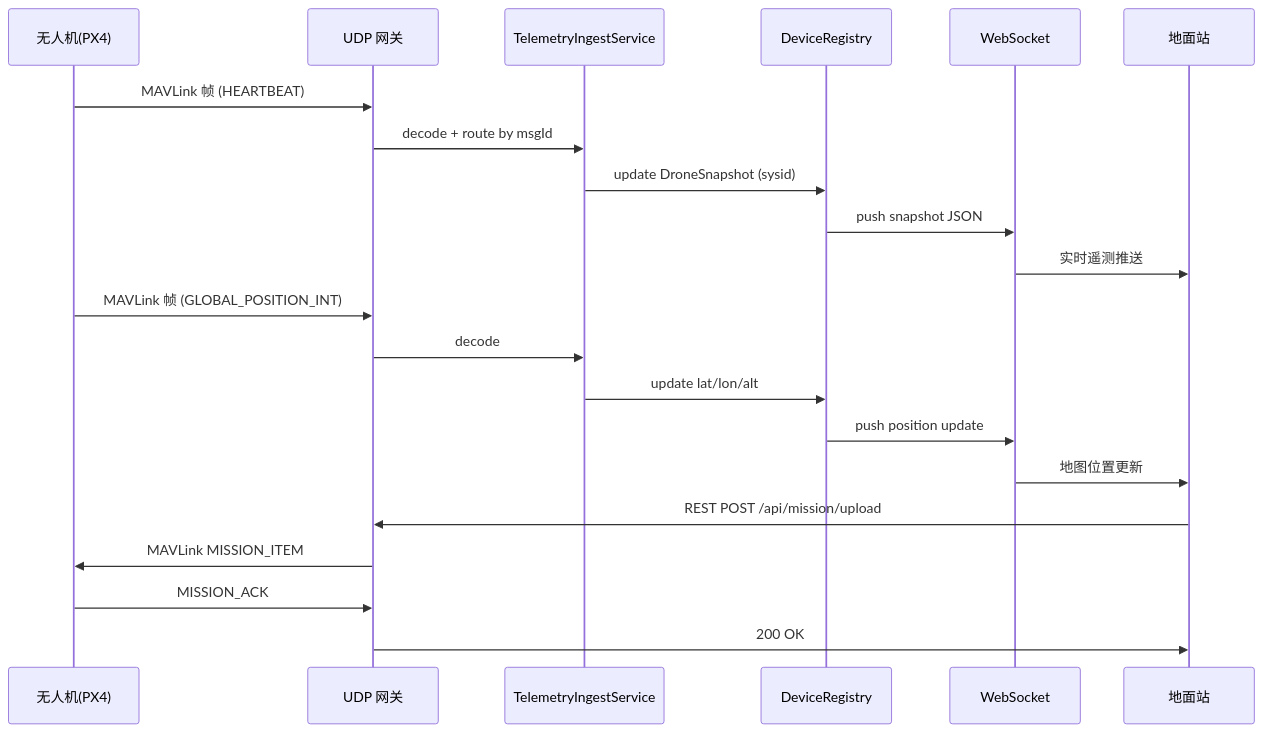
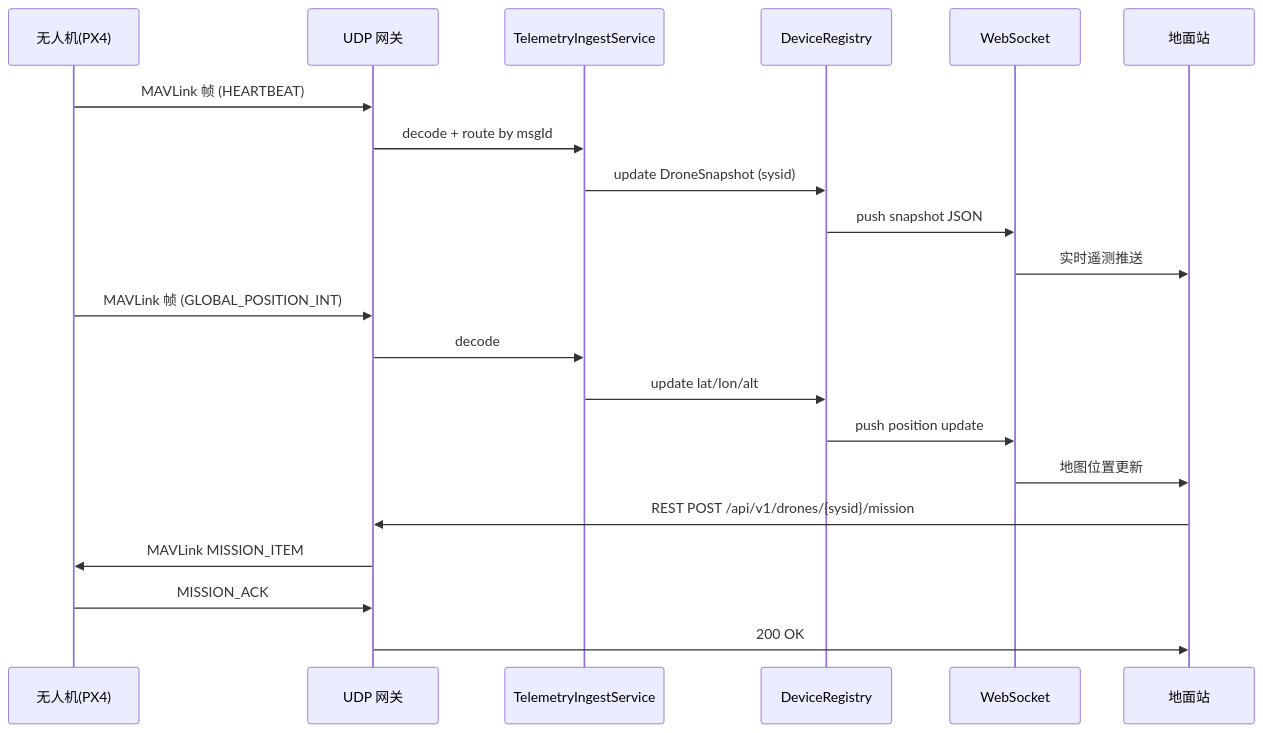
The second of 6 diagrams in docs/architecture.md (Levango7/NexusSky), drawn with Mermaid before and after one commit. The commit also changed other lines of this file and 112 other files, not shown here.

````diff
--- a/docs/architecture.md
+++ b/docs/architecture.md
@@ -87,26 +87,26 @@
 ```mermaid
 sequenceDiagram
     participant Drone as 无人机(PX4)
     participant GW as UDP 网关
     participant Ingest as TelemetryIngestService
     participant Reg as DeviceRegistry
     participant WS as WebSocket
     participant GCS as 地面站
 
     Drone->>GW: MAVLink 帧 (HEARTBEAT)
     GW->>Ingest: decode + route by msgId
     Ingest->>Reg: update DroneSnapshot (sysid)
     Reg->>WS: push snapshot JSON
     WS->>GCS: 实时遥测推送
 
     Drone->>GW: MAVLink 帧 (GLOBAL_POSITION_INT)
     GW->>Ingest: decode
     Ingest->>Reg: update lat/lon/alt
     Reg->>WS: push position update
     WS->>GCS: 地图位置更新
 
-    GCS->>GW: REST POST /api/mission/upload
+    GCS->>GW: REST POST /api/v1/drones/{sysid}/mission
     GW->>Drone: MAVLink MISSION_ITEM
     Drone->>GW: MISSION_ACK
     GW->>GCS: 200 OK
 ```
````
